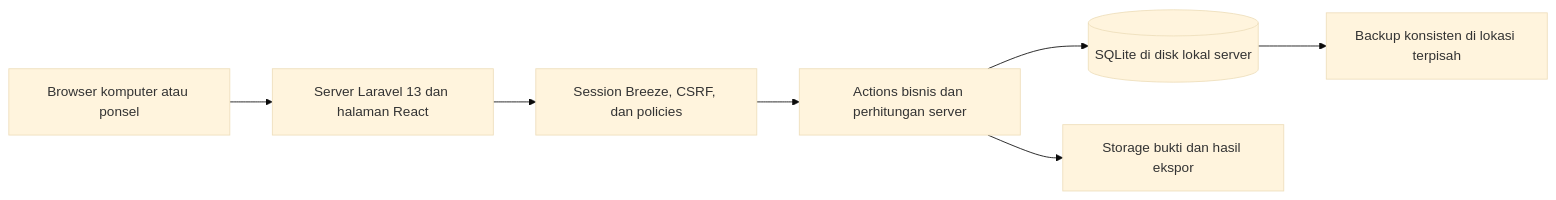
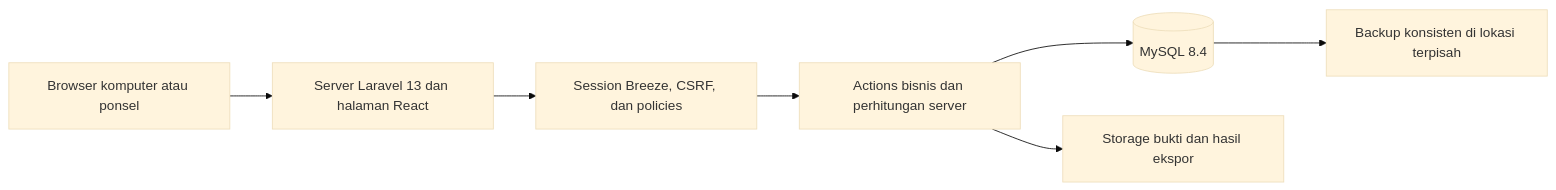
The fifth of 6 diagrams in prd.md (syHasyimm/CLBK), drawn with Mermaid (base theme) before and after one commit. The commit also changed other lines of this file and 125 other files, not shown here.

````diff
--- a/prd.md
+++ b/prd.md
@@ -586,9 +586,9 @@
 ```mermaid
 flowchart LR
     Web[Browser komputer atau ponsel] --> App[Server Laravel 13 dan halaman React]
     App --> Auth[Session Breeze, CSRF, dan policies]
     Auth --> Actions[Actions bisnis dan perhitungan server]
-    Actions --> DB[(SQLite di disk lokal server)]
+    Actions --> DB[(MySQL 8.4)]
     Actions --> Files[Storage bukti dan hasil ekspor]
     DB --> Backup[Backup konsisten di lokasi terpisah]
 ```
````
